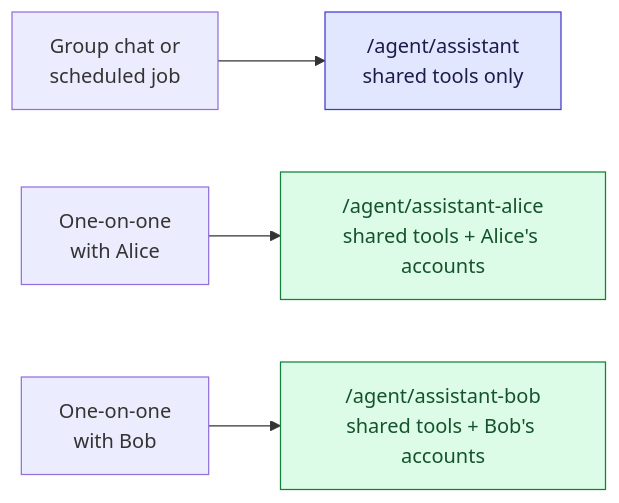
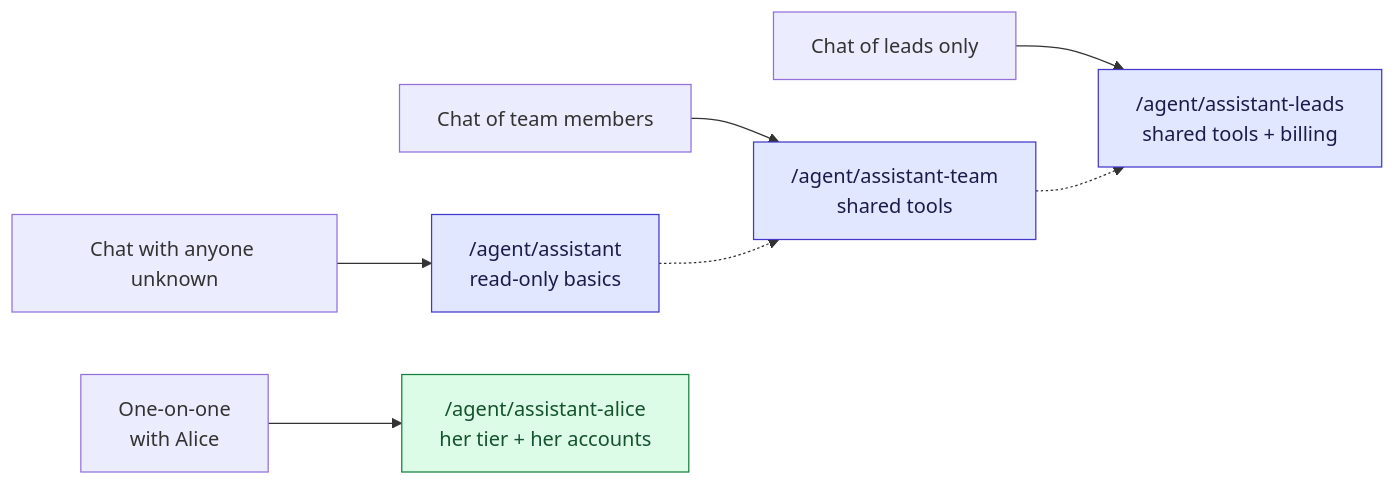
One commit to zackbart/connecta changed the third of 3 diagrams in README.md. Above: the diagram before and after it, drawn with Mermaid. The commit also changed other lines of this file and 9 other files, not shown here.

First line of the commit message:
Document group tiers in the agent pool layout and trim the README (#874) (#875)

````diff
--- a/README.md
+++ b/README.md
@@ -130,10 +74,14 @@
 ```mermaid
 flowchart LR
-    Group["Group chat or<br/>scheduled job"] --> Base["/agent/assistant<br/>shared tools only"]
-    Alice["One-on-one<br/>with Alice"] --> PA["/agent/assistant-alice<br/>shared tools + Alice's accounts"]
-    Bob["One-on-one<br/>with Bob"] --> PB["/agent/assistant-bob<br/>shared tools + Bob's accounts"]
+    Guests["Chat with anyone unknown"] --> Base["/agent/assistant<br/>read-only basics"]
+    Group["Chat of team members"] --> TeamTier["/agent/assistant-team<br/>shared tools"]
+    Leads["Chat of leads only"] --> LeadsTier["/agent/assistant-leads<br/>shared tools + billing"]
+    Alice["One-on-one<br/>with Alice"] --> PA["/agent/assistant-alice<br/>her tier + her accounts"]
+
+    Base -.-> TeamTier -.-> LeadsTier
 
     style Base fill:#e0e7ff,stroke:#4338ca,color:#1e1b4b
+    style TeamTier fill:#e0e7ff,stroke:#4338ca,color:#1e1b4b
+    style LeadsTier fill:#e0e7ff,stroke:#4338ca,color:#1e1b4b
     style PA fill:#dcfce7,stroke:#15803d,color:#14532d
-    style PB fill:#dcfce7,stroke:#15803d,color:#14532d
 ```
````
